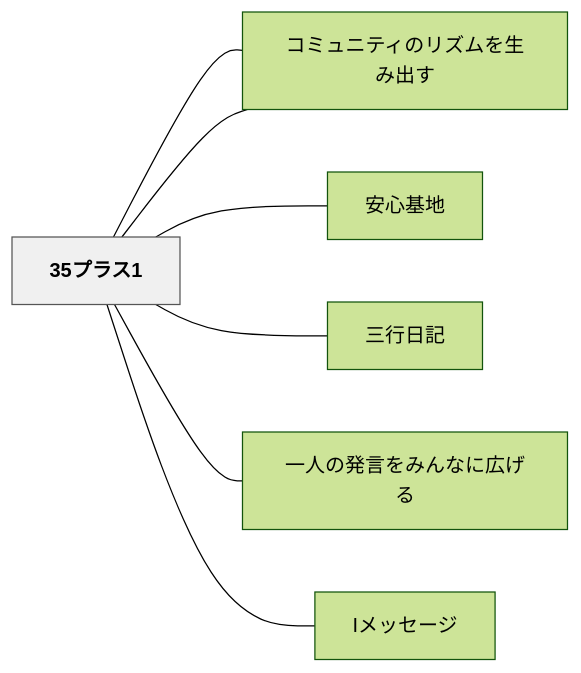
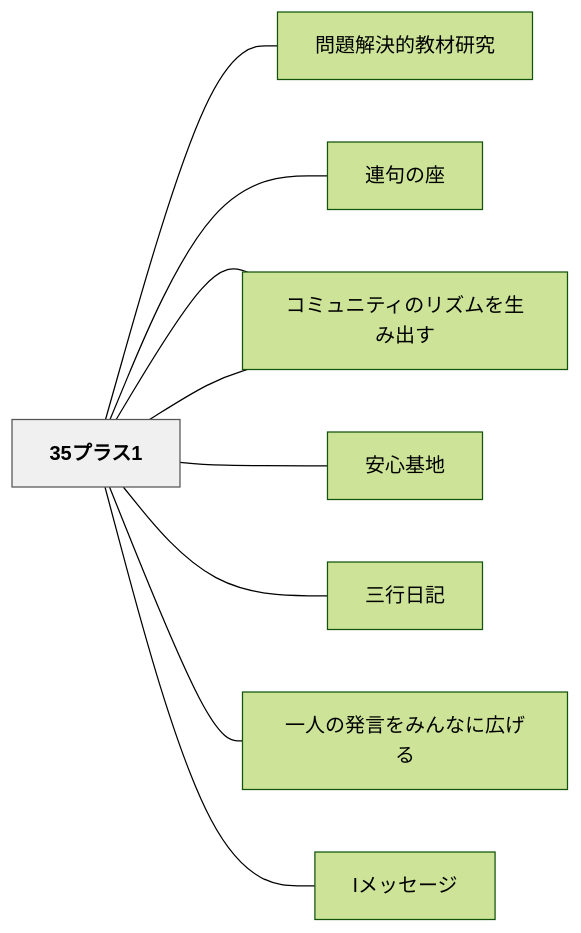
The diagram in content/パタン/35プラス1.md (unknownthings-ed-patterns/unknownthings-ed-patterns), drawn with Mermaid (forest theme) before and after one commit. The commit also changed other lines of this file and 473 other files, not shown here.

````diff
--- a/content/パタン/35プラス1.md
+++ b/content/パタン/35プラス1.md
@@ -81,20 +81,24 @@
 ```mermaid
 flowchart LR
     n3335e38397e3["35プラス1"]
+    ne5958fe9a18c["問題解決的教材研究"]
+    ne980a3e58fa5["連句の座"]
     ne382b3e3839f["コミュニティをつくる"]
     ne5ae89e5bf83["安心基地"]
     ne4b889e8a18c["三行日記"]
     ne4b880e4baba["一人の発言をみんなに広げる"]
     n49e383a1e383["Iメッセージ"]
     ne382b3e3839f["コミュニティのリズムを生み出す"]
 
+    n3335e38397e3 --- ne5958fe9a18c
+    n3335e38397e3 --- ne980a3e58fa5
     n3335e38397e3 --- ne382b3e3839f
     n3335e38397e3 --- ne5ae89e5bf83
     n3335e38397e3 --- ne4b889e8a18c
     n3335e38397e3 --- ne4b880e4baba
     n3335e38397e3 --- n49e383a1e383
     n3335e38397e3 --- ne382b3e3839f
 
     classDef hub fill:#f0f0f0,stroke:#555,color:#000,font-weight:bold
     class n3335e38397e3 hub
 ```
````
